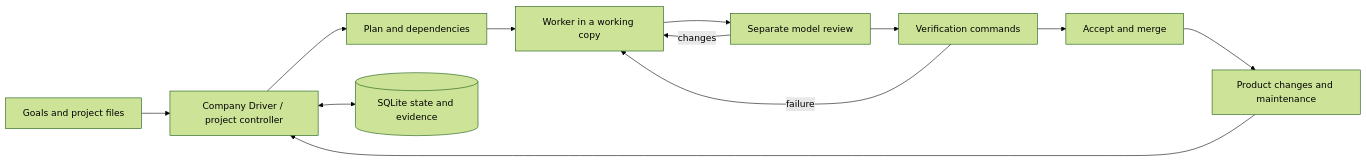
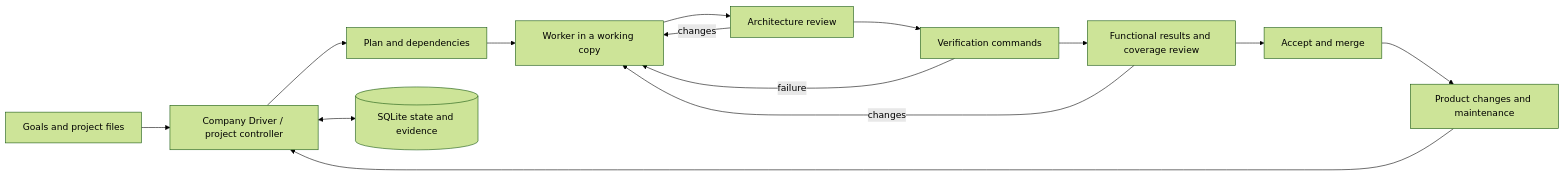
The diagram in README.md (RulezZzOr/miner), drawn with Mermaid (forest theme) before and after one commit. The commit also changed other lines of this file and 38 other files, not shown here.

````diff
--- a/README.md
+++ b/README.md
@@ -57,14 +57,16 @@
 ```mermaid
 flowchart LR
     Owner[Goals and project files] --> Driver[Company Driver / project controller]
     Driver --> Plan[Plan and dependencies]
     Plan --> Worker[Worker in a working copy]
-    Worker --> Review[Separate model review]
+    Worker --> Review[Architecture review]
     Review --> Checks[Verification commands]
-    Checks --> Accept[Accept and merge]
+    Checks --> Final[Functional results and coverage review]
+    Final --> Accept[Accept and merge]
+    Final -->|changes| Worker
     Review -->|changes| Worker
     Checks -->|failure| Worker
     Accept --> Queue[Product changes and maintenance]
     Queue --> Driver
     Driver <--> State[(SQLite state and evidence)]
 ```
````
